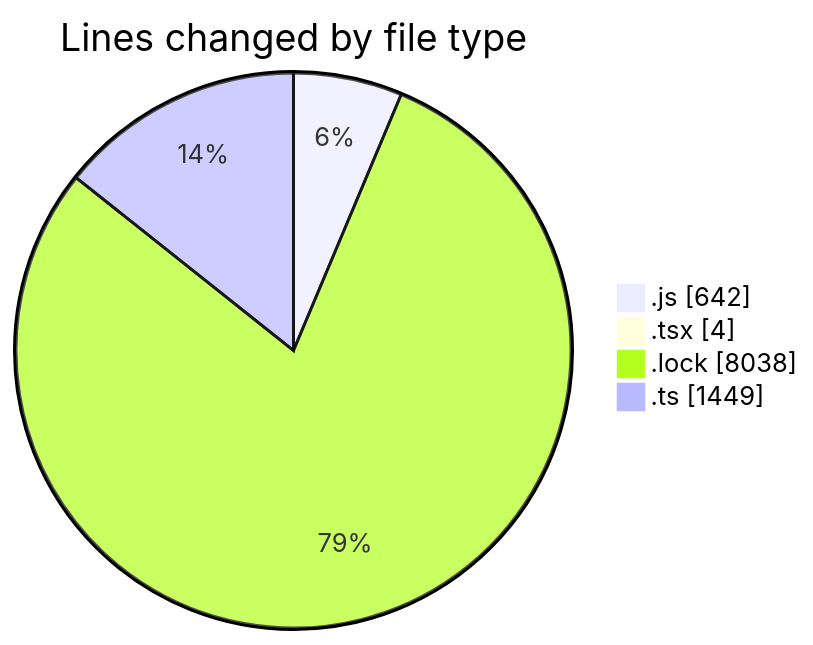
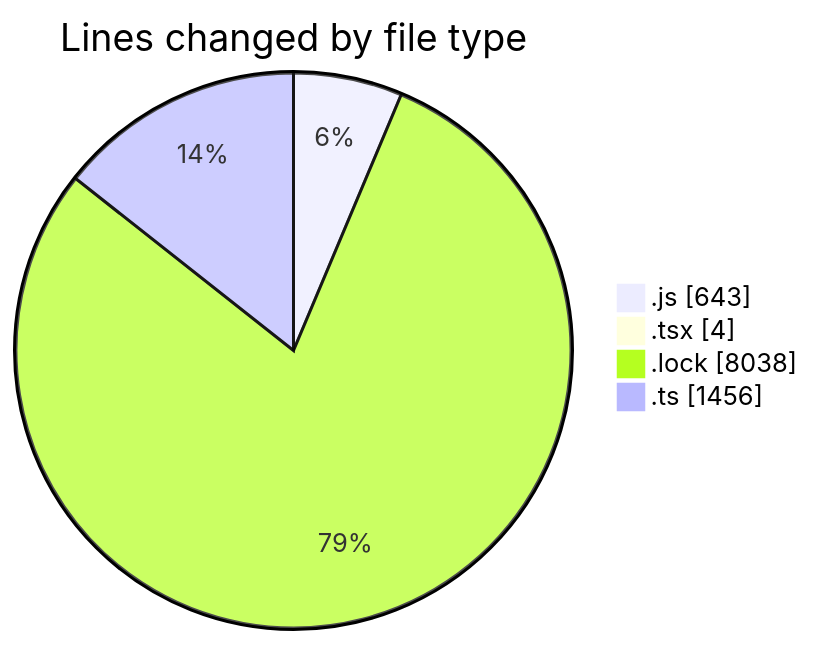
One commit to momahboobian/code-tracking changed the first of 2 diagrams in 2025-03-11/cda/README.md. Above: the diagram before and after it, drawn with Mermaid. The commit also changed other lines of this file and 1 other file, not shown here.

````diff
--- a/2025-03-11/cda/README.md
+++ b/2025-03-11/cda/README.md
@@ -38,8 +38,8 @@
 ```mermaid
 pie showData
 title Lines changed by file type
-".js" : 642
+".js" : 643
 ".tsx" : 4
 ".lock" : 8038
-".ts" : 1449
+".ts" : 1456
 ```
````
